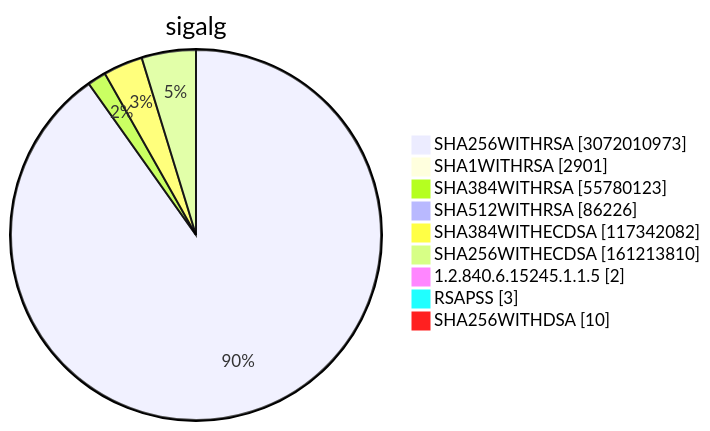
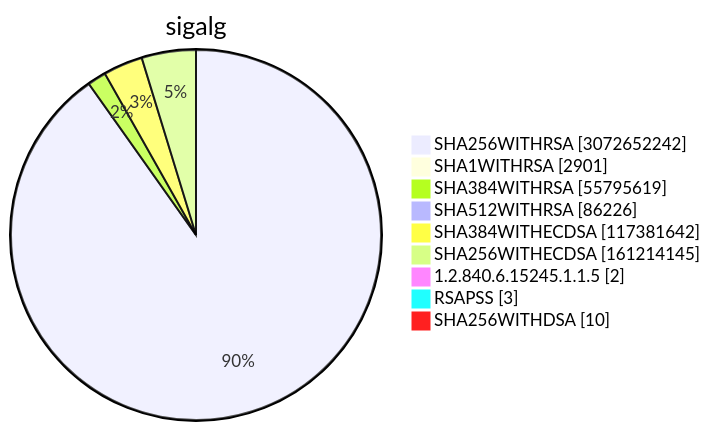
One commit to christiankrug/ctmonitor_visualization changed diagram 15 of 15 in TOTAL/README.md. Above: the diagram before and after it, drawn with Mermaid. The commit also changed other lines of this file, not shown here.

````diff
--- a/TOTAL/README.md
+++ b/TOTAL/README.md
@@ -6209,13 +6209,13 @@
 ```mermaid
 pie showData
 title sigalg
-"SHA256WITHRSA" :3072010973
+"SHA256WITHRSA" :3072652242
 "SHA1WITHRSA" :2901
-"SHA384WITHRSA" :55780123
+"SHA384WITHRSA" :55795619
 "SHA512WITHRSA" :86226
-"SHA384WITHECDSA" :117342082
-"SHA256WITHECDSA" :161213810
+"SHA384WITHECDSA" :117381642
+"SHA256WITHECDSA" :161214145
 "1.2.840.6.15245.1.1.5" :2
 "RSAPSS" :3
 "SHA256WITHDSA" :10
 ```
````
